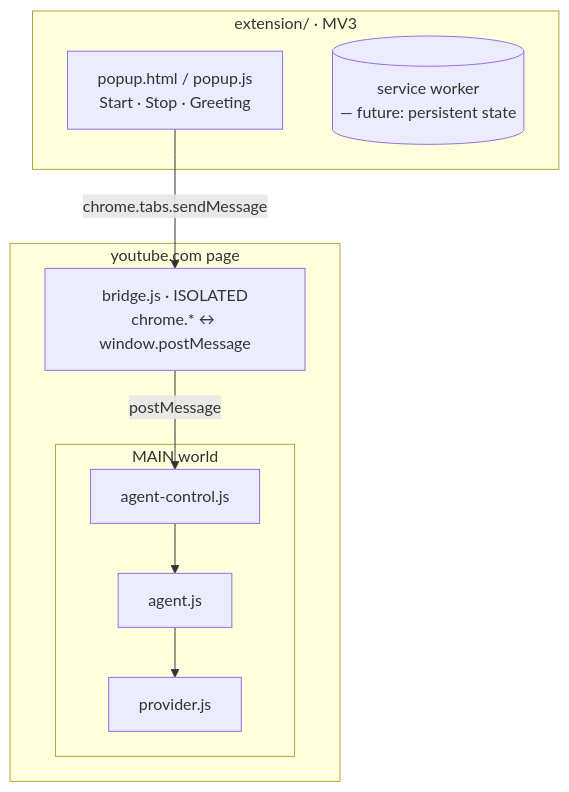
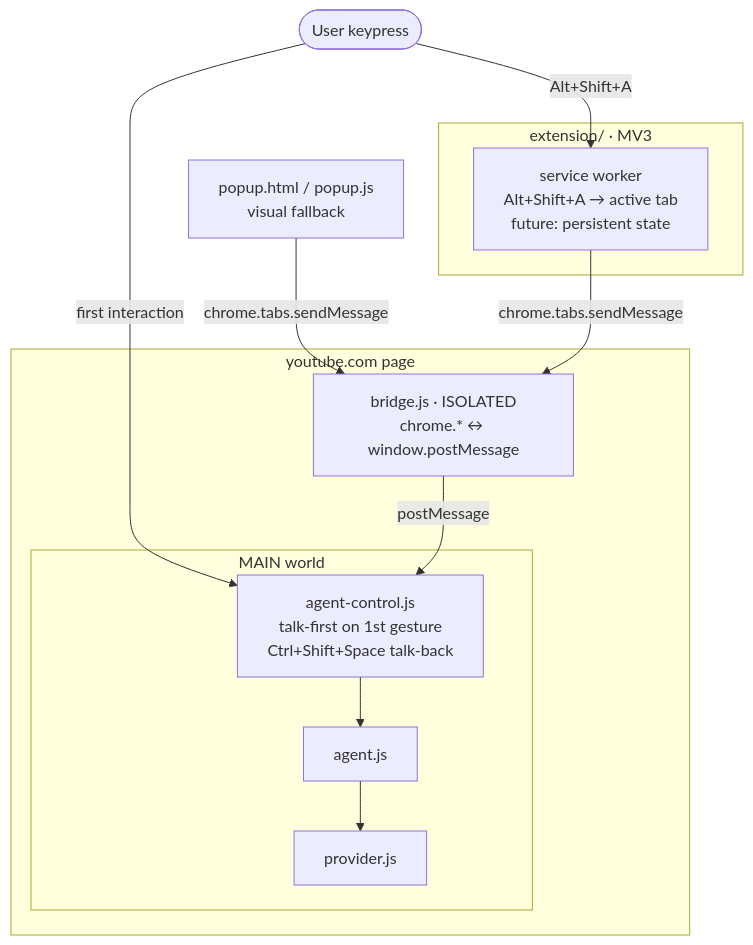
One commit to camelburrito/yt-a11y-agent changed the seventh of 7 diagrams in docs/architecture/yt-a11y-agent.md. Above: the diagram before and after it, drawn with Mermaid. The commit also changed other lines of this file and 7 other files, not shown here.

First line of the commit message:
Extension talks first: voice announce on first interaction + keyboard entry

````diff
--- a/docs/architecture/yt-a11y-agent.md
+++ b/docs/architecture/yt-a11y-agent.md
@@ -275,19 +275,22 @@
 ```mermaid
 flowchart TB
+  pop[popup.html / popup.js<br/>visual fallback]
   subgraph ext[extension/ · MV3]
-    pop[popup.html / popup.js<br/>Start · Stop · Greeting]
-    sw[(service worker<br/>— future: persistent state)]
+    sw[service worker<br/>Alt+Shift+A → active tab<br/>future: persistent state]
   end
   subgraph page[youtube.com page]
     iso[bridge.js · ISOLATED<br/>chrome.* ↔ window.postMessage]
     subgraph main[MAIN world]
+      ctl[agent-control.js<br/>talk-first on 1st gesture<br/>Ctrl+Shift+Space talk-back]
       ag[agent.js]
       pv[provider.js]
-      ctl[agent-control.js]
     end
   end
+  user2([User keypress]) -->|first interaction| ctl
+  user2 -->|Alt+Shift+A| sw
   pop -->|chrome.tabs.sendMessage| iso
+  sw -->|chrome.tabs.sendMessage| iso
   iso -->|postMessage| ctl
   ctl --> ag
   ag --> pv
 ```
````
